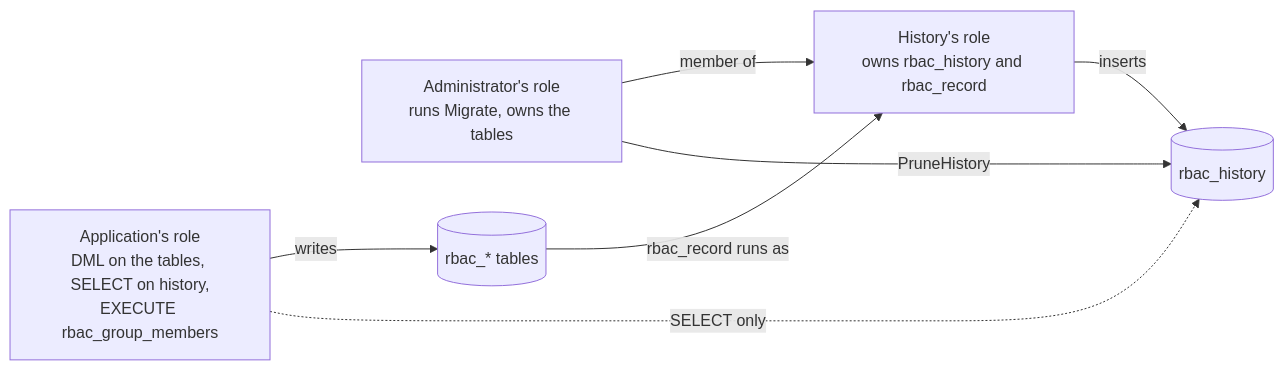
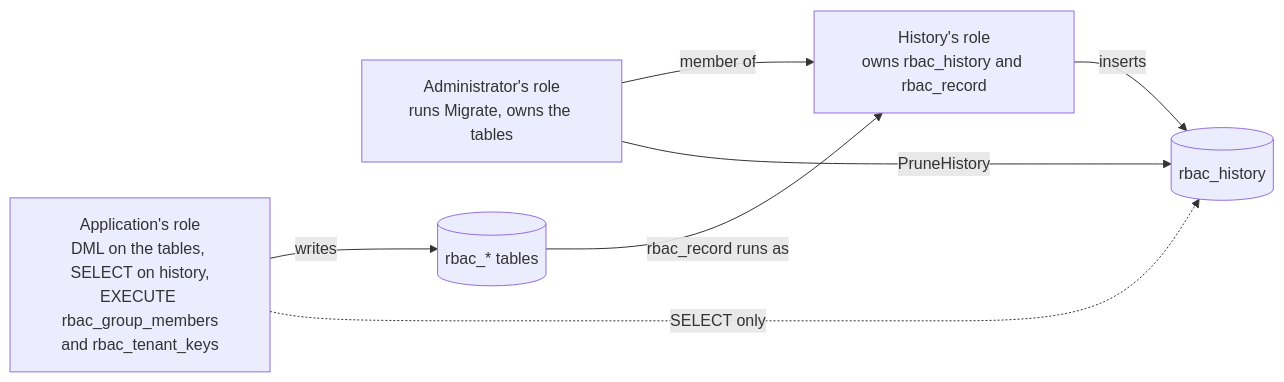
Before and after one commit to parallelworks/rbac: diagram 13 of 13 in docs/architecture.md, drawn with Mermaid. The commit also changed other lines of this file and 8 other files, not shown here.

Commit message:
fix: changing a group's members reads every eligibility and deny in the tenant, and checks' denies, lists, Activate, writes and group walks read the whole tenant once statements turn generic (#52)

````diff
--- a/docs/architecture.md
+++ b/docs/architecture.md
@@ -545,12 +553,12 @@
 ```mermaid
 flowchart LR
     admin["Administrator's role<br/>runs Migrate, owns the tables"]
     histrole["History's role<br/>owns rbac_history and rbac_record"]
-    app["Application's role<br/>DML on the tables, SELECT on history,<br/>EXECUTE rbac_group_members"]
+    app["Application's role<br/>DML on the tables, SELECT on history,<br/>EXECUTE rbac_group_members<br/>and rbac_tenant_keys"]
     admin -->|"member of"| histrole
     app -->|"writes"| tables[("rbac_* tables")]
     tables -->|"rbac_record runs as"| histrole
     histrole -->|"inserts"| hist[("rbac_history")]
     app -.->|"SELECT only"| hist
     admin -->|"PruneHistory"| hist
 ```
````
